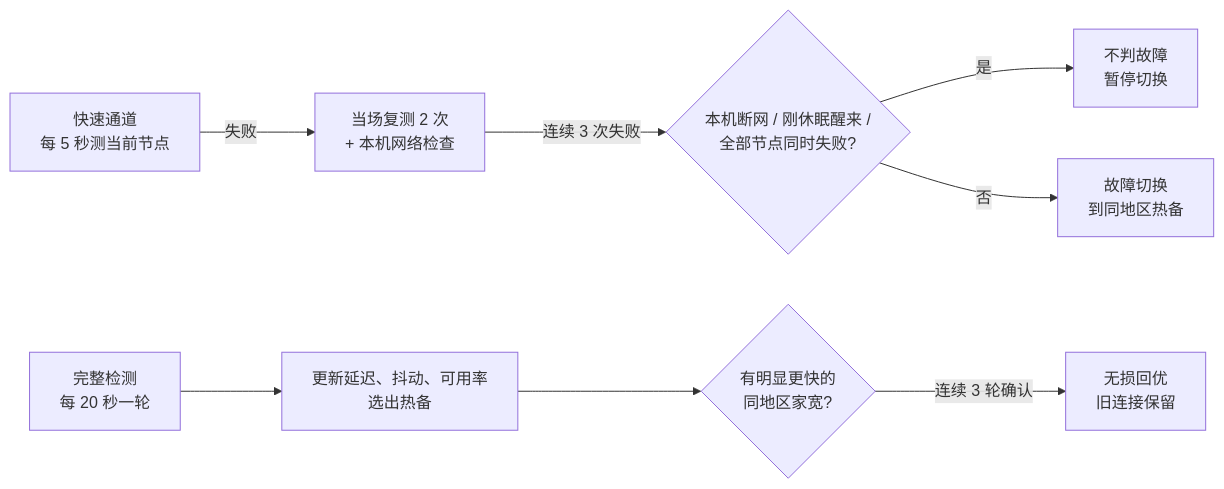
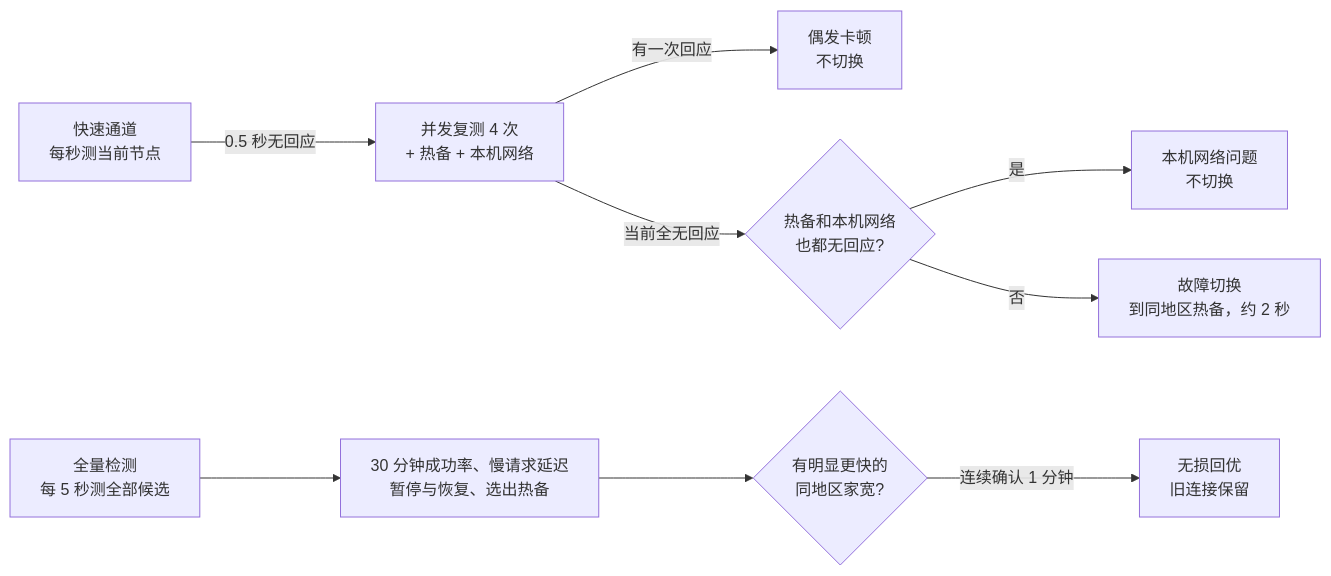
Before and after one commit to z13141557217-web/steadyroute: the diagram in README.md, drawn with Mermaid. The commit also changed other lines of this file and 16 other files, not shown here.

````diff
--- a/README.md
+++ b/README.md
@@ -85,10 +85,11 @@
 ```mermaid
 flowchart LR
-    A[快速通道<br/>每 5 秒测当前节点] -->|失败| B[当场复测 2 次<br/>+ 本机网络检查]
-    B -->|连续 3 次失败| C{本机断网 / 刚休眠醒来 /<br/>全部节点同时失败?}
-    C -->|是| D[不判故障<br/>暂停切换]
-    C -->|否| E[故障切换<br/>到同地区热备]
-    F[完整检测<br/>每 20 秒一轮] --> G[更新延迟、抖动、可用率<br/>选出热备]
+    A[快速通道<br/>每秒测当前节点] -->|0.5 秒无回应| B[并发复测 4 次<br/>+ 热备 + 本机网络]
+    B -->|有一次回应| K[偶发卡顿<br/>不切换]
+    B -->|当前全无回应| C{热备和本机网络<br/>也都无回应?}
+    C -->|是| D[本机网络问题<br/>不切换]
+    C -->|否| E[故障切换<br/>到同地区热备，约 2 秒]
+    F[全量检测<br/>每 5 秒测全部候选] --> G[30 分钟成功率、慢请求延迟<br/>暂停与恢复、选出热备]
     G --> H{有明显更快的<br/>同地区家宽?}
-    H -->|连续 3 轮确认| I[无损回优<br/>旧连接保留]
+    H -->|连续确认 1 分钟| I[无损回优<br/>旧连接保留]
 ```
````
